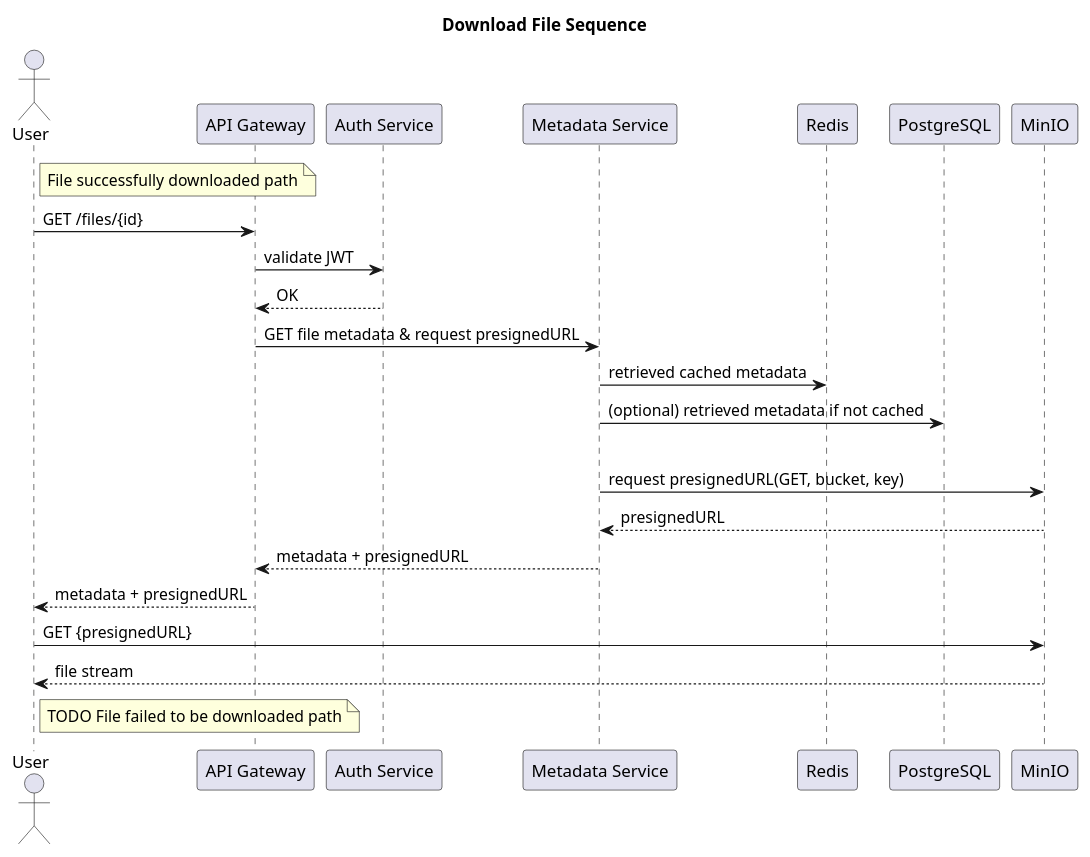
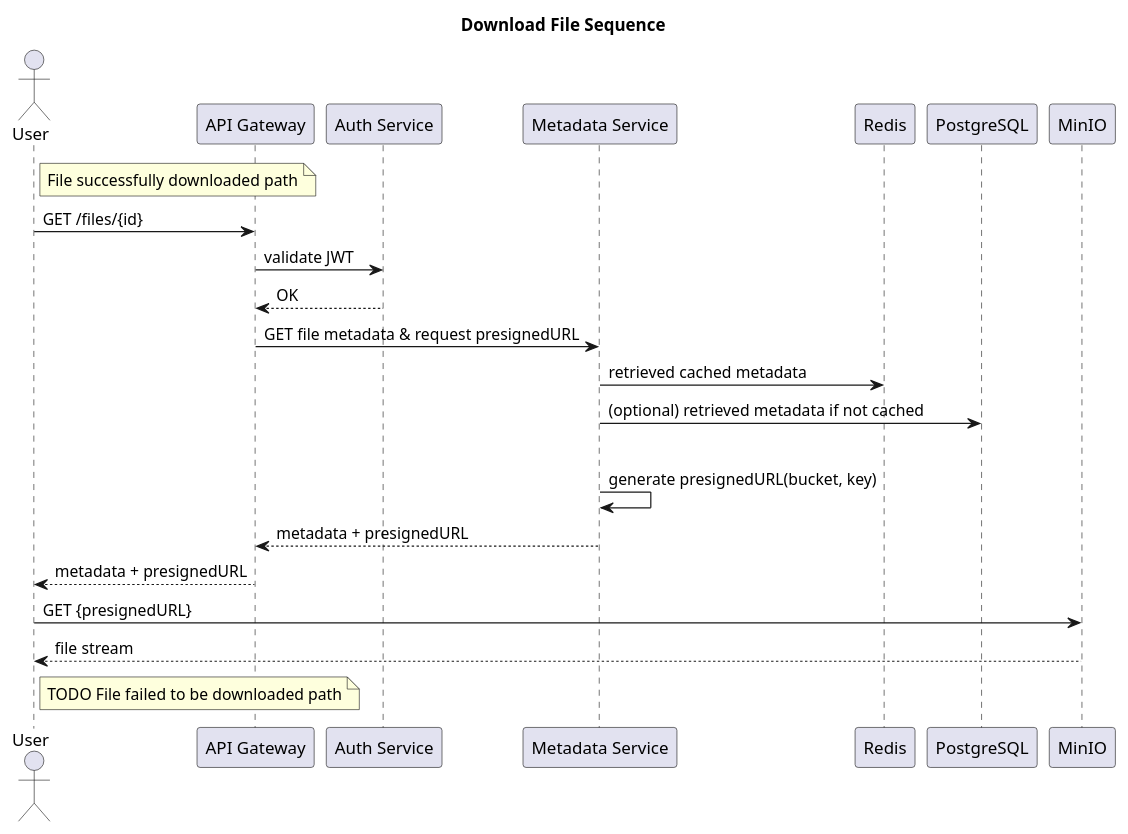
Before and after one commit to AndreiIauchuk/dropvox: the diagram in diagrams/download_flow_seq.puml, drawn with PlantUML. The commit also changed 14 other files, not shown here.

```diff
--- a/diagrams/download_flow_seq.puml
+++ b/diagrams/download_flow_seq.puml
@@ -1,28 +1,27 @@
 @startuml download_file_seq
 title Download File Sequence
 
 actor "User" as user
 participant "API Gateway" as gate
 participant "Auth Service" as auth
 participant "Metadata Service" as metadata
 participant "Redis" as redis
 participant "PostgreSQL" as db
 participant "MinIO" as s3
 
 note right of user : File successfully downloaded path
 user -> gate: GET /files/{id}
 gate -> auth: validate JWT
 auth --> gate: OK
 gate -> metadata: GET file metadata & request presignedURL
 metadata -> redis: retrieved cached metadata
 metadata -> db: (optional) retrieved metadata if not cached
 |||
-metadata -> s3: request presignedURL(GET, bucket, key)
-s3 --> metadata: presignedURL
+metadata -> metadata: generate presignedURL(bucket, key)
 metadata --> gate: metadata + presignedURL
 gate --> user: metadata + presignedURL
 user -> s3: GET {presignedURL}
 s3 --> user: file stream
 
 note right of user : TODO File failed to be downloaded path
 @enduml
```
